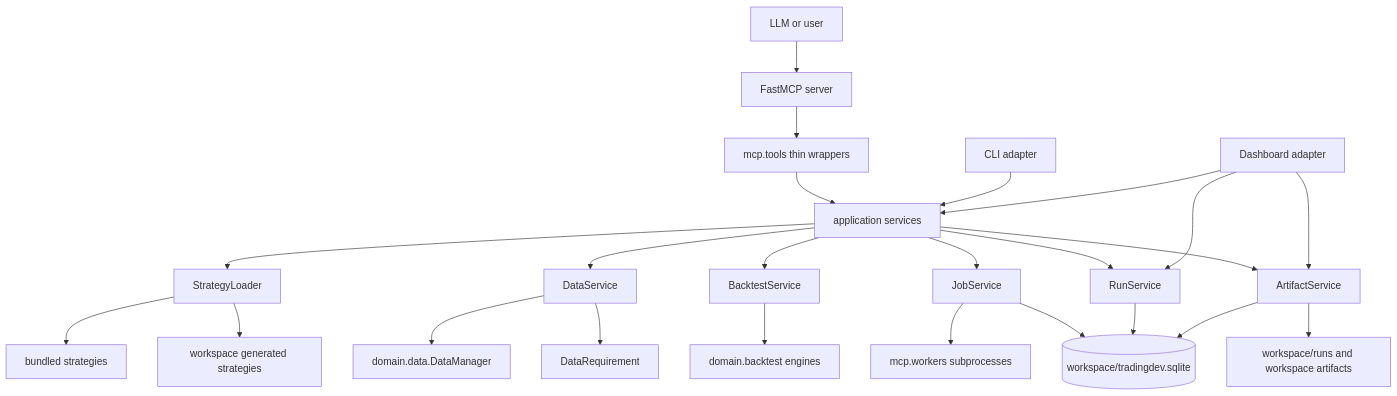
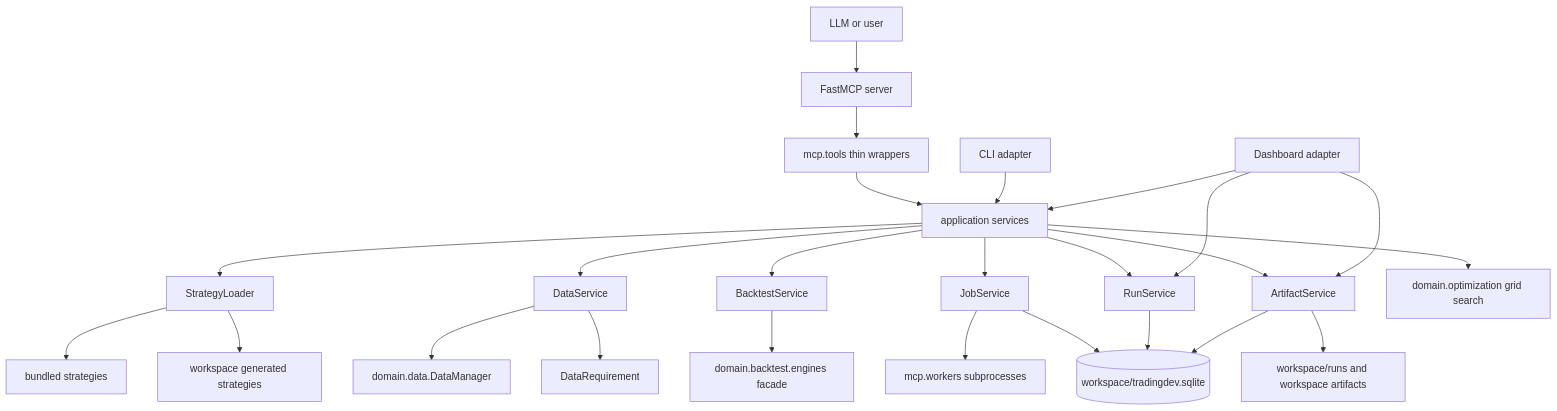
The first of 3 diagrams in ARCHITECTURE.md (Kuan-Lun/tradingdev), drawn with Mermaid before and after one commit. The commit also changed other lines of this file and 46 other files, not shown here.

````diff
--- a/ARCHITECTURE.md
+++ b/ARCHITECTURE.md
@@ -46,28 +47,29 @@
 ```mermaid
 flowchart TB
     user[LLM or user] --> mcp[FastMCP server]
     mcp --> tools[mcp.tools thin wrappers]
     tools --> app[application services]
     cli[CLI adapter] --> app
     dashboard[Dashboard adapter] --> app
 
     app --> loader[StrategyLoader]
     app --> data[DataService]
     app --> backtest[BacktestService]
     app --> jobs[JobService]
     app --> runs[RunService]
     app --> artifacts[ArtifactService]
 
     loader --> bundled[bundled strategies]
     loader --> generated[workspace generated strategies]
     data --> manager[domain.data.DataManager]
     data --> requirements[DataRequirement]
-    backtest --> engines[domain.backtest engines]
+    backtest --> engines[domain.backtest.engines facade]
+    app --> optimization[domain.optimization grid search]
     jobs --> workers[mcp.workers subprocesses]
     jobs --> sqlite[(workspace/tradingdev.sqlite)]
     runs --> sqlite
     artifacts --> sqlite
     artifacts --> files[workspace/runs and workspace artifacts]
     dashboard --> runs
     dashboard --> artifacts
 ```
````
